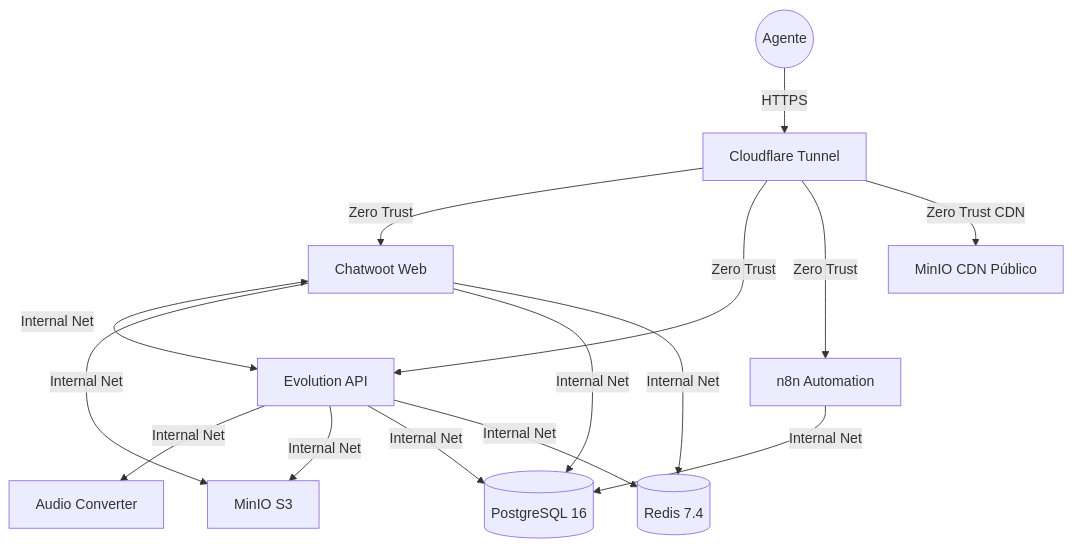
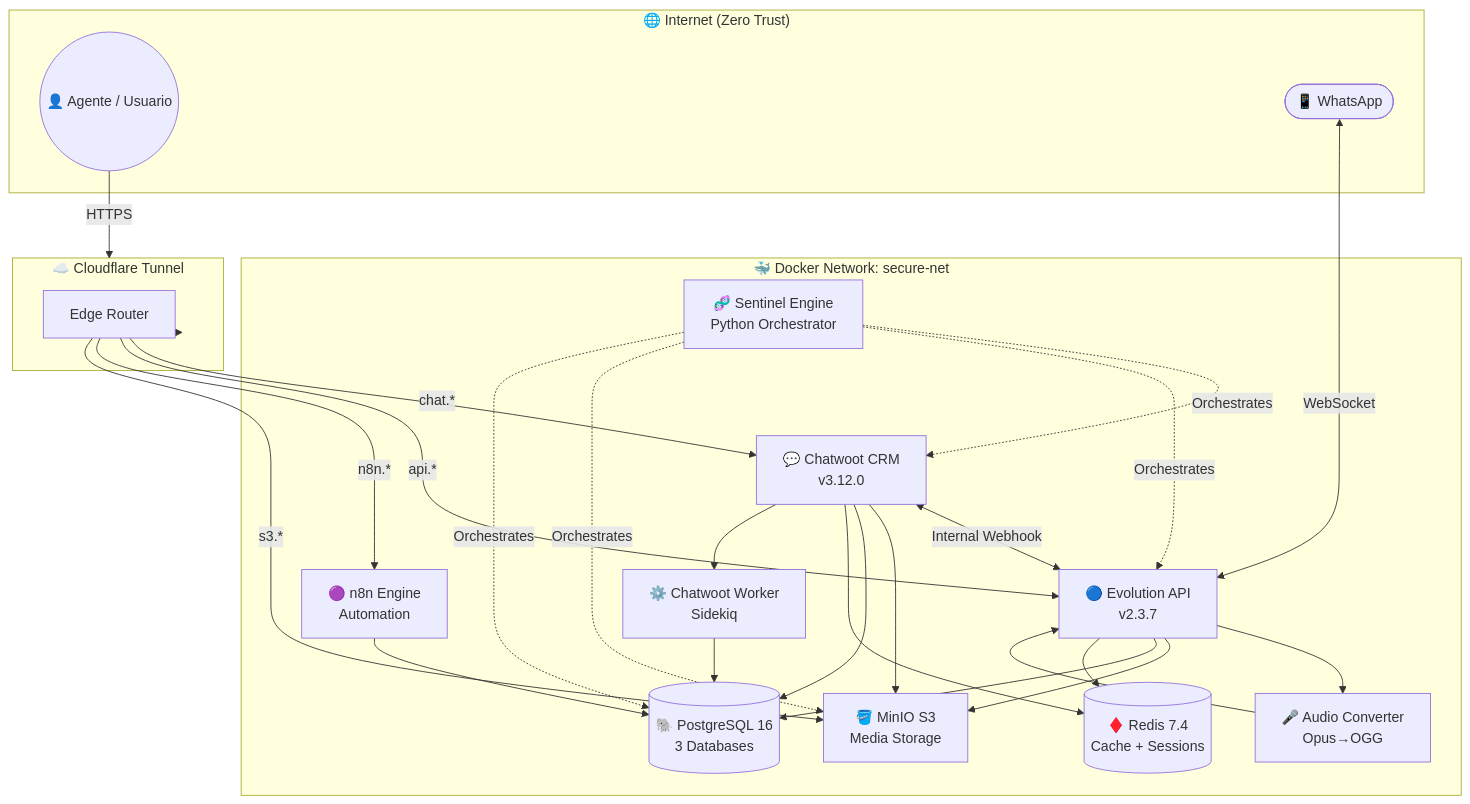
One commit to HackUN09/chatbot-stack changed the diagram in README.md. Above: the diagram before and after it, drawn with Mermaid. The commit also changed other lines of this file, not shown here.

Commit message:
docs: premium README v2 - full architecture, replica guide, operations table

````diff
--- a/README.md
+++ b/README.md
@@ -36,14 +84,45 @@
 ```mermaid
 graph TD
-    User((Agente)) -->|HTTPS| CF[Cloudflare Tunnel]
-    CF -->|Zero Trust| CW[Chatwoot Web]
-    CF -->|Zero Trust| EVO[Evolution API]
-    CF -->|Zero Trust| N8N[n8n Automation]
-    CF -->|Zero Trust CDN| MIN_PUB[MinIO CDN Público]
+    subgraph INTERNET["🌐 Internet (Zero Trust)"]
+        USR((👤 Agente / Usuario))
+        WA([📱 WhatsApp])
+    end
 
-    CW <-->|Internal Net| EVO
-    EVO -->|Internal Net| AC[Audio Converter]
-    CW & EVO -->|Internal Net| MIN[MinIO S3]
-    CW & EVO & N8N -->|Internal Net| DB[(PostgreSQL 16)]
-    CW & EVO -->|Internal Net| RD[(Redis 7.4)]
+    subgraph CF["☁️ Cloudflare Tunnel"]
+        EDGE[Edge Router]
+    end
+
+    subgraph DOCKER["🐳 Docker Network: secure-net"]
+        CW[💬 Chatwoot CRM<br/>v3.12.0]
+        CWW[⚙️ Chatwoot Worker<br/>Sidekiq]
+        EVO[🔵 Evolution API<br/>v2.3.7]
+        AC[🎤 Audio Converter<br/>Opus→OGG]
+        N8N[🟣 n8n Engine<br/>Automation]
+        MIN[🪣 MinIO S3<br/>Media Storage]
+        DB[(🐘 PostgreSQL 16<br/>3 Databases)]
+        RD[(♦️ Redis 7.4<br/>Cache + Sessions)]
+        SE[🧬 Sentinel Engine<br/>Python Orchestrator]
+    end
+
+    USR -->|HTTPS| CF
+    WA <-->|WebSocket| EVO
+    CF --> EDGE
+    EDGE -->|chat.*| CW
+    EDGE -->|api.*| EVO
+    EDGE -->|n8n.*| N8N
+    EDGE -->|s3.*| MIN
+
+    CW <-->|Internal Webhook| EVO
+    EVO --> AC
+    AC --> EVO
+    CW & EVO --> MIN
+    CW & EVO & N8N --> DB
+    CW & EVO --> RD
+    CW --> CWW
+    CWW --> DB
+
+    SE -.->|Orchestrates| CW
+    SE -.->|Orchestrates| EVO
+    SE -.->|Orchestrates| MIN
+    SE -.->|Orchestrates| DB
 ```
````
